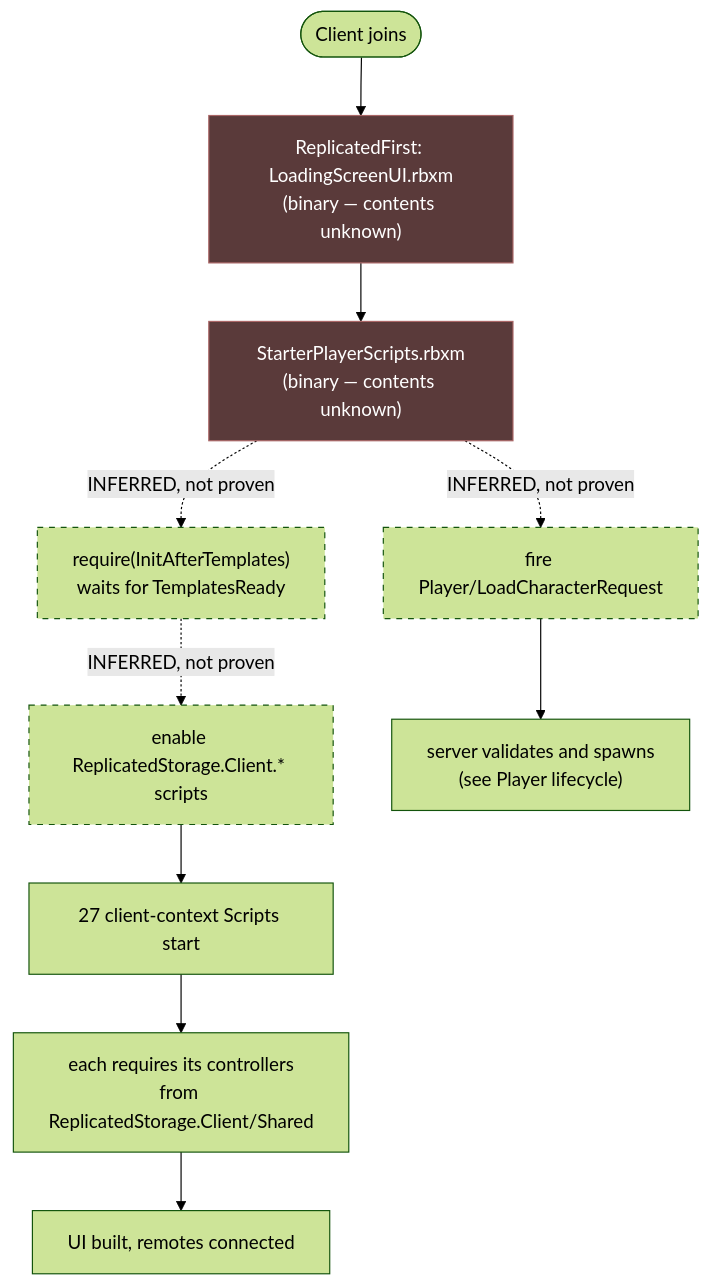
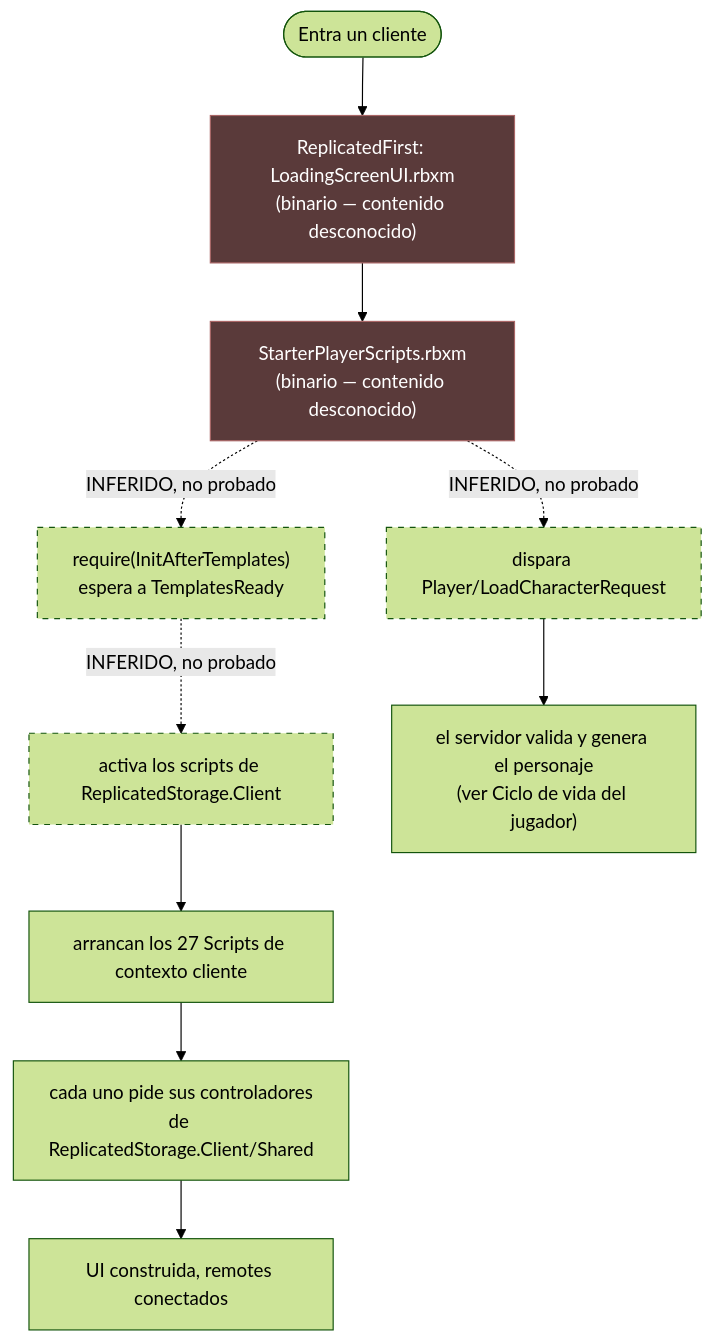
One commit to Arclyne/voz-hispana changed the diagram in docs/architecture/client-lifecycle.md. Above: the diagram before and after it, drawn with Mermaid (forest theme). The commit also changed other lines of this file and 8 other files, not shown here.

````diff
--- a/docs/architecture/client-lifecycle.md
+++ b/docs/architecture/client-lifecycle.md
@@ -78,18 +79,18 @@
 ```mermaid
 flowchart TD
-    A(["Client joins"]) --> B["ReplicatedFirst: LoadingScreenUI.rbxm<br/>(binary — contents unknown)"]
-    B --> C["StarterPlayerScripts.rbxm<br/>(binary — contents unknown)"]
-    C -.->|"INFERRED, not proven"| D["require(InitAfterTemplates)<br/>waits for TemplatesReady"]
-    D -.->|"INFERRED, not proven"| E["enable ReplicatedStorage.Client.* scripts"]
-    E --> F["27 client-context Scripts start"]
-    F --> G["each requires its controllers<br/>from ReplicatedStorage.Client/Shared"]
-    G --> H["UI built, remotes connected"]
-    C -.->|"INFERRED, not proven"| I["fire Player/LoadCharacterRequest"]
-    I --> J["server validates and spawns<br/>(see Player lifecycle)"]
+    A(["Entra un cliente"]) --> B["ReplicatedFirst: LoadingScreenUI.rbxm<br/>(binario — contenido desconocido)"]
+    B --> C["StarterPlayerScripts.rbxm<br/>(binario — contenido desconocido)"]
+    C -.->|"INFERIDO, no probado"| D["require(InitAfterTemplates)<br/>espera a TemplatesReady"]
+    D -.->|"INFERIDO, no probado"| E["activa los scripts de ReplicatedStorage.Client"]
+    E --> F["arrancan los 27 Scripts de contexto cliente"]
+    F --> G["cada uno pide sus controladores<br/>de ReplicatedStorage.Client/Shared"]
+    G --> H["UI construida, remotes conectados"]
+    C -.->|"INFERIDO, no probado"| I["dispara Player/LoadCharacterRequest"]
+    I --> J["el servidor valida y genera el personaje<br/>(ver Ciclo de vida del jugador)"]
 
     style C fill:#5a3a3a,stroke:#a66,color:#fff
     style B fill:#5a3a3a,stroke:#a66,color:#fff
     style D stroke-dasharray: 5 5
     style E stroke-dasharray: 5 5
     style I stroke-dasharray: 5 5
 ```
````
